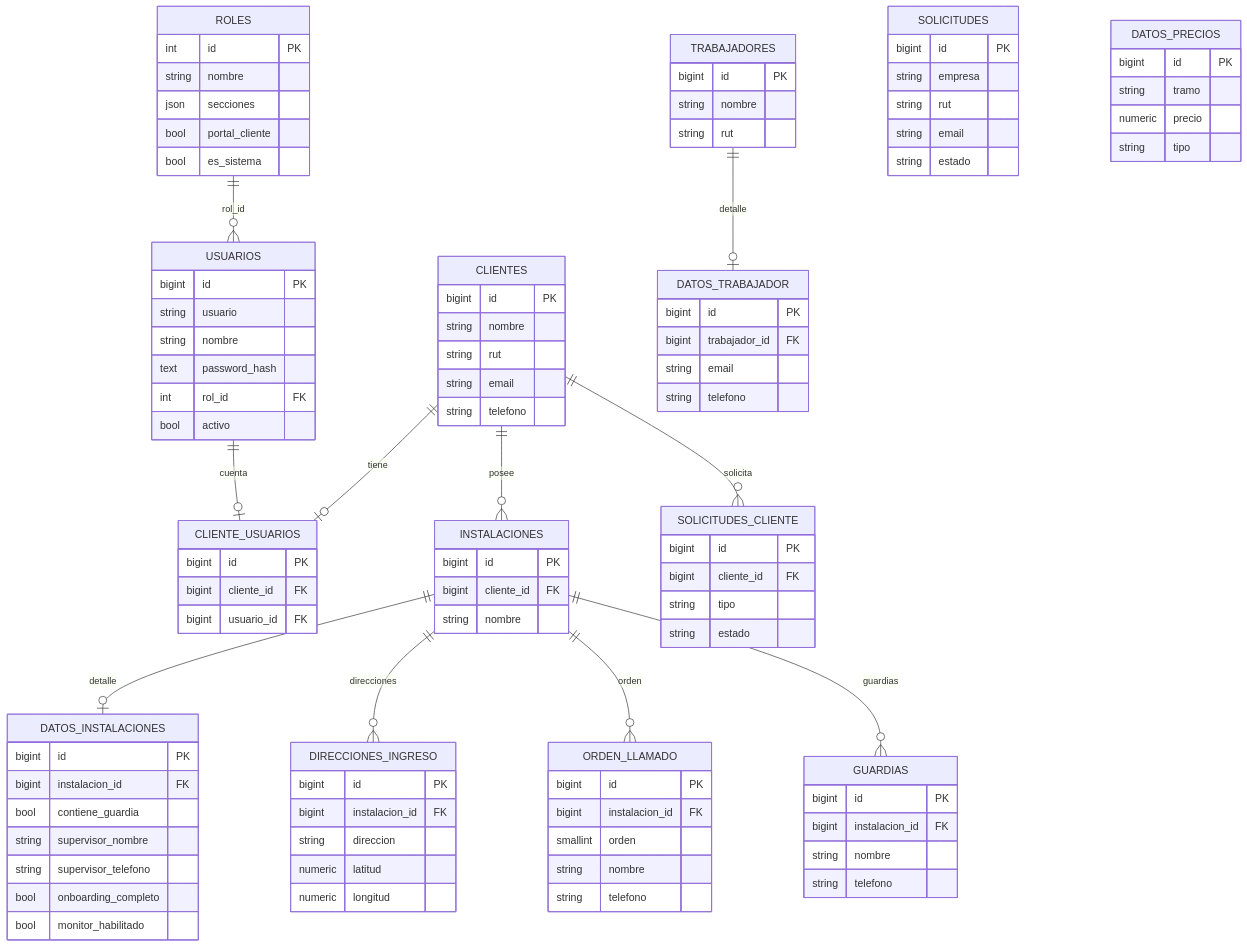
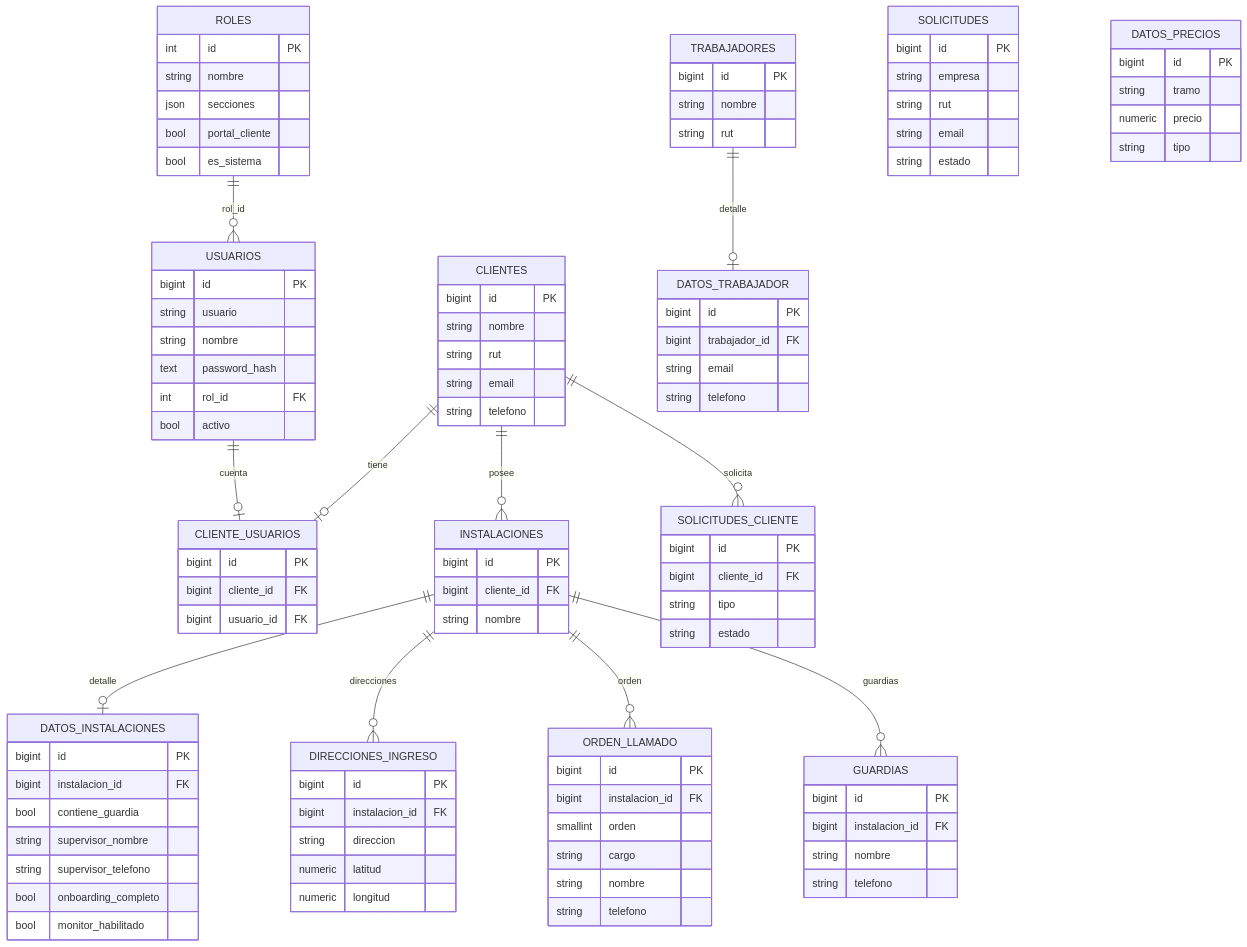
Before and after one commit to HumbertoValenzuela192/neo-seguridad: the diagram in db/ERD.md, drawn with Mermaid. The commit also changed 3 other files, not shown here.

Commit message:
Orden de llamado con cargo (frontend + esquema/ERD de BD)

```diff
--- a/db/ERD.md
+++ b/db/ERD.md
@@ -65,6 +65,7 @@
         bigint id PK
         bigint instalacion_id FK
         smallint orden
+        string cargo
         string nombre
         string telefono
     }
```
